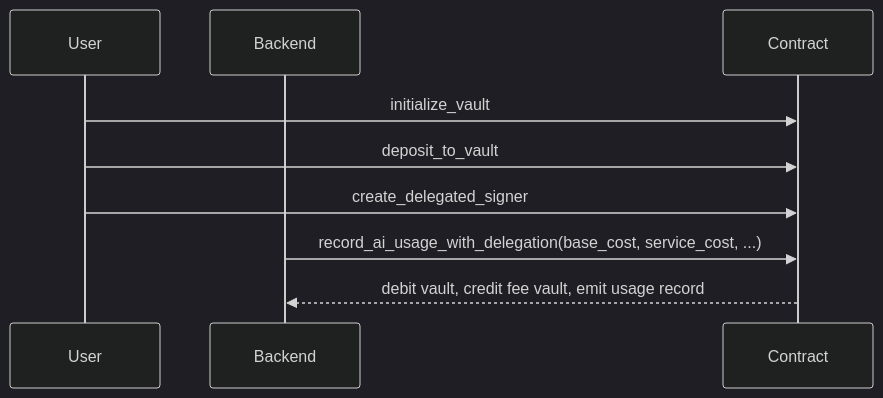
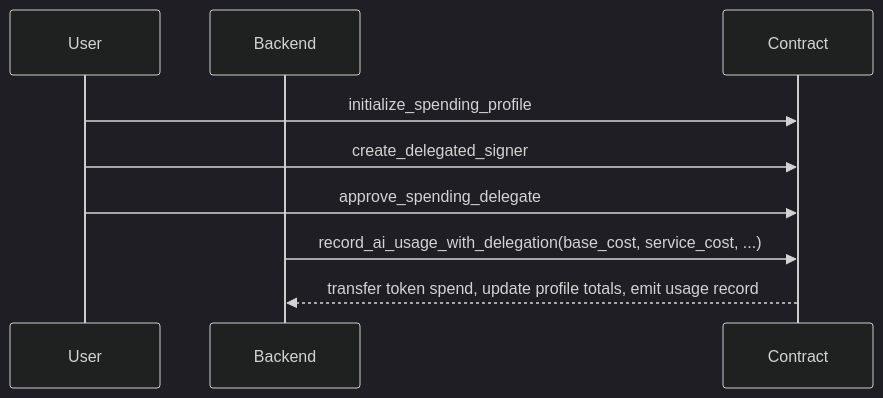
The diagram in contract/index.mdx (FajarArrizki/docs), drawn with Mermaid (dark theme) before and after one commit. The commit also changed other lines of this file and 11 other files, not shown here.

````diff
--- a/contract/index.mdx
+++ b/contract/index.mdx
@@ -78,12 +69,12 @@
 ```mermaid
 sequenceDiagram
     participant User
     participant Backend
     participant Contract
 
-    User->>Contract: initialize_vault
-    User->>Contract: deposit_to_vault
+    User->>Contract: initialize_spending_profile
     User->>Contract: create_delegated_signer
+    User->>Contract: approve_spending_delegate
     Backend->>Contract: record_ai_usage_with_delegation(base_cost, service_cost, ...)
-    Contract-->>Backend: debit vault, credit fee vault, emit usage record
+    Contract-->>Backend: transfer token spend, update profile totals, emit usage record
 ```
````
